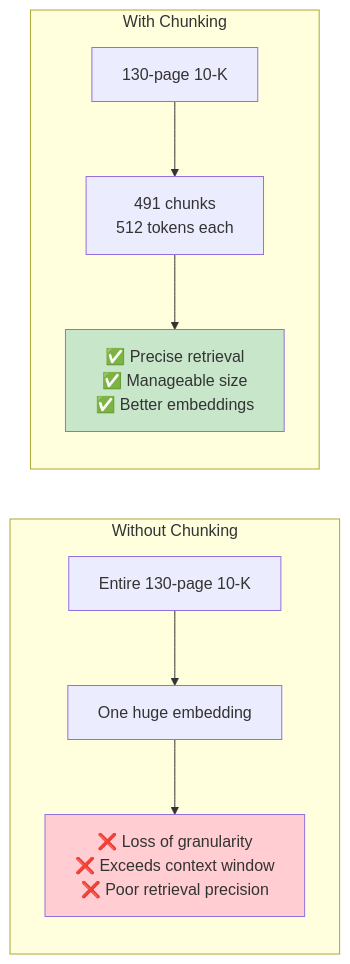
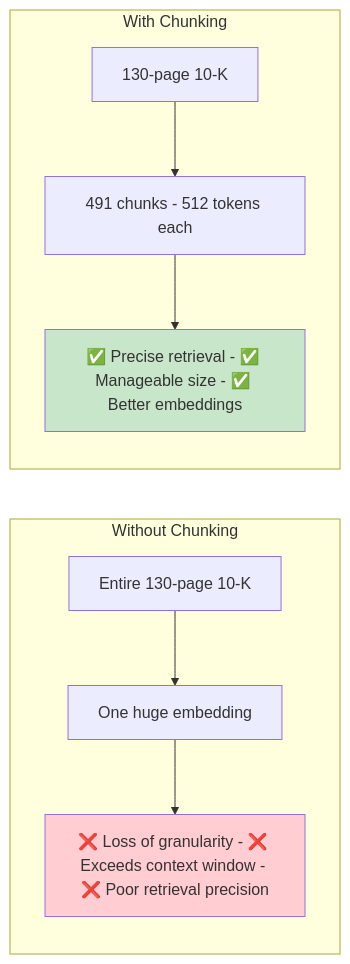
The fourth of 15 diagrams in docs/learning/03-rag-fundamentals.md (indhra/llm_rag_sec_findings), drawn with Mermaid before and after one commit. The commit also changed other lines of this file and 9 other files, not shown here.

````diff
--- a/docs/learning/03-rag-fundamentals.md
+++ b/docs/learning/03-rag-fundamentals.md
@@ -139,15 +139,15 @@
 ```mermaid
 graph LR
     subgraph "Without Chunking"
         W1[Entire 130-page 10-K] --> W2[One huge embedding]
-        W2 --> W3[❌ Loss of granularity<br/>❌ Exceeds context window<br/>❌ Poor retrieval precision]
+        W2 --> W3[❌ Loss of granularity - ❌ Exceeds context window - ❌ Poor retrieval precision]
     end
     
     subgraph "With Chunking"
-        C1[130-page 10-K] --> C2[491 chunks<br/>512 tokens each]
-        C2 --> C3[✅ Precise retrieval<br/>✅ Manageable size<br/>✅ Better embeddings]
+        C1[130-page 10-K] --> C2[491 chunks - 512 tokens each]
+        C2 --> C3[✅ Precise retrieval - ✅ Manageable size - ✅ Better embeddings]
     end
     
     style W3 fill:#ffcdd2
     style C3 fill:#c8e6c9
 ```
````
